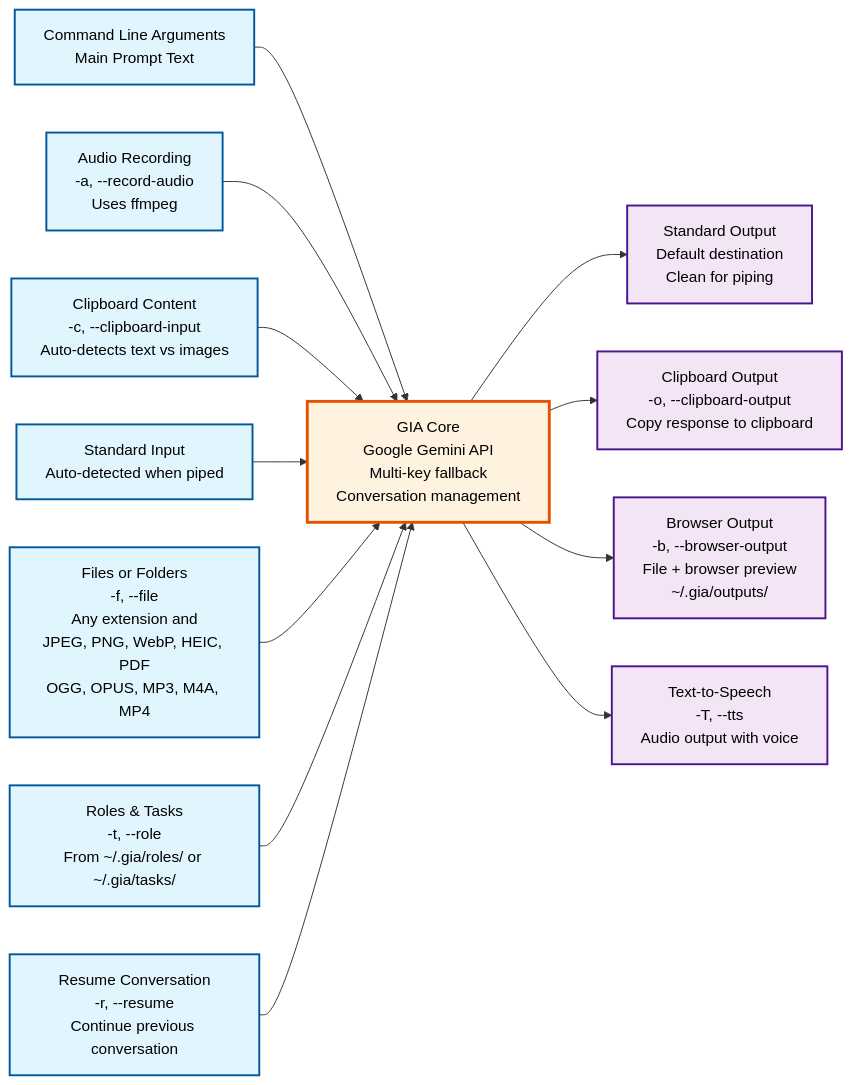
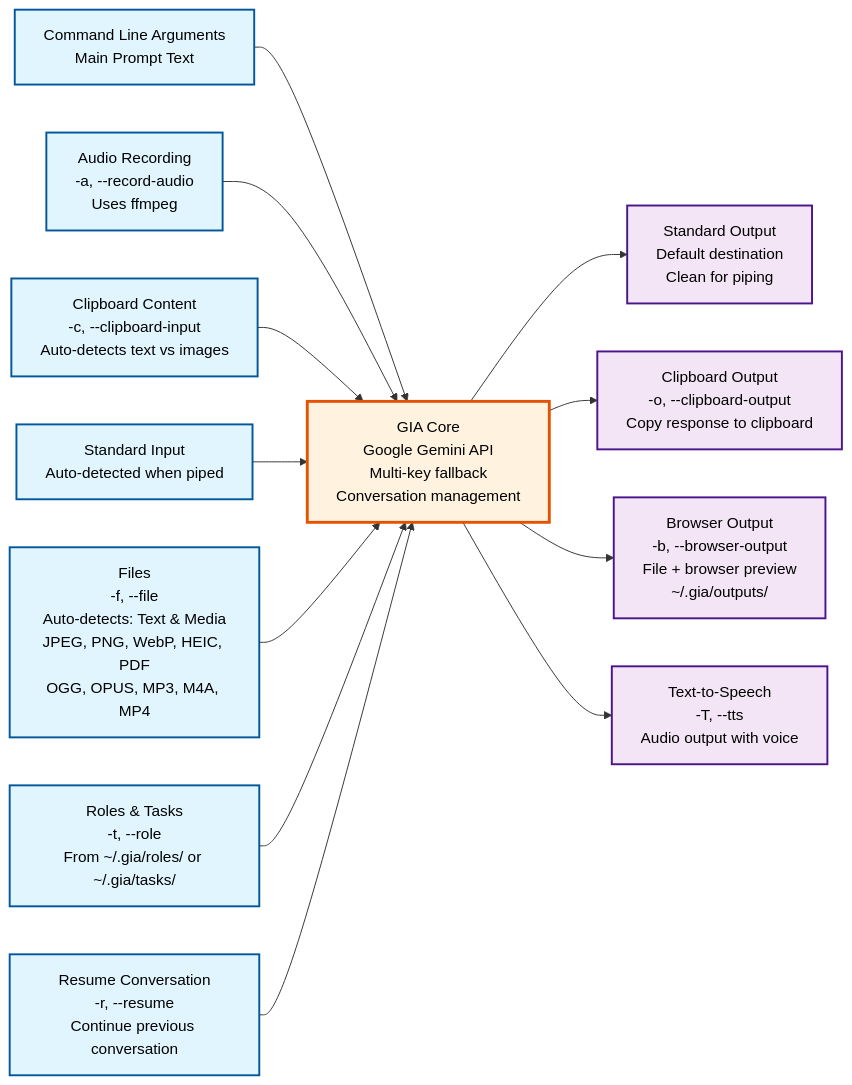
The diagram in gia-flow-diagram.md (panjamo/gia), drawn with Mermaid before and after one commit. The commit also changed other lines of this file, not shown here.

````diff
--- a/gia-flow-diagram.md
+++ b/gia-flow-diagram.md
@@ -5,45 +5,45 @@
 ```mermaid
 flowchart LR
     %% Input Sources (Left Side)
     CMD[Command Line Arguments<br/>Main Prompt Text]
     AUDIO[Audio Recording<br/>-a, --record-audio<br/>Uses ffmpeg]
     CLIPBOARD[Clipboard Content<br/>-c, --clipboard-input<br/>Auto-detects text vs images]
     STDIN[Standard Input<br/>Auto-detected when piped]
-    FILES[Files or Folders<br/>-f, --file<br/>Any extension and<br/>JPEG, PNG, WebP, HEIC, PDF<br/>OGG, OPUS, MP3, M4A, MP4]
+    FILES[Files<br/>-f, --file<br/>Auto-detects: Text & Media<br/>JPEG, PNG, WebP, HEIC, PDF<br/>OGG, OPUS, MP3, M4A, MP4]
     ROLES[Roles & Tasks<br/>-t, --role<br/>From ~/.gia/roles/ or ~/.gia/tasks/]
     RESUME[Resume Conversation<br/>-r, --resume<br/>Continue previous conversation]
 
     %% Processing Core (Center)
     GIA[GIA Core<br/>Google Gemini API<br/>Multi-key fallback<br/>Conversation management]
 
     %% Output Destinations (Right Side)
     STDOUT[Standard Output<br/>Default destination<br/>Clean for piping]
     CLIPOUT[Clipboard Output<br/>-o, --clipboard-output<br/>Copy response to clipboard]
     BROWSER[Browser Output<br/>-b, --browser-output<br/>File + browser preview<br/>~/.gia/outputs/]
     TTS[Text-to-Speech<br/>-T, --tts<br/>Audio output with voice]
 
     %% Input Flow (Left to Center)
     CMD --> GIA
     AUDIO --> GIA
     CLIPBOARD --> GIA
     STDIN --> GIA
     FILES --> GIA
     ROLES --> GIA
     RESUME --> GIA
 
     %% Output Flow (Center to Right)
     GIA --> STDOUT
     GIA --> CLIPOUT
     GIA --> BROWSER
     GIA --> TTS
 
     %% Styling
     classDef inputSource fill:#e1f5fe,stroke:#01579b,stroke-width:2px,color:#000000
     classDef outputDest fill:#f3e5f5,stroke:#4a148c,stroke-width:2px,color:#000000
     classDef core fill:#fff3e0,stroke:#e65100,stroke-width:3px,color:#000000
     classDef storage fill:#e8f5e8,stroke:#1b5e20,stroke-width:2px,color:#000000
 
     class CMD,AUDIO,CLIPBOARD,STDIN,FILES,ROLES,RESUME inputSource
     class STDOUT,CLIPOUT,BROWSER,TTS outputDest
     class GIA core
 ```
````
